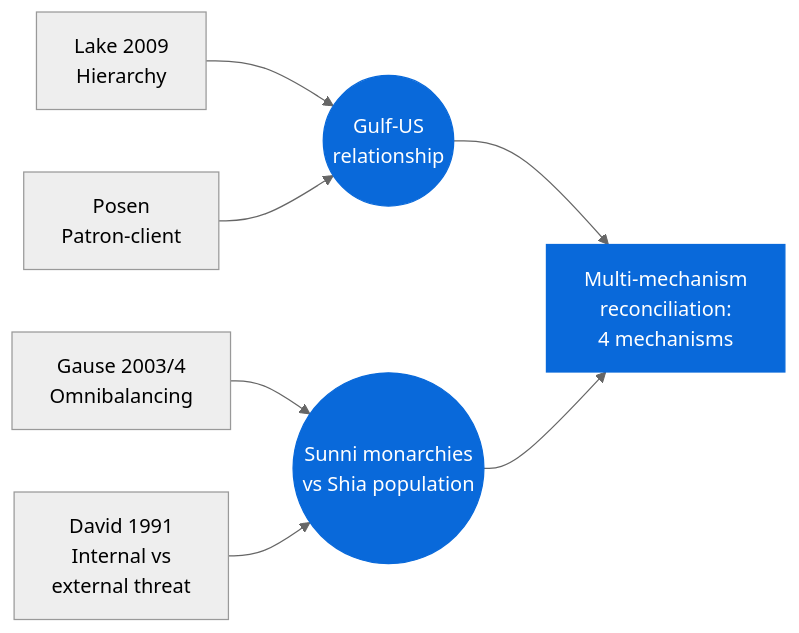
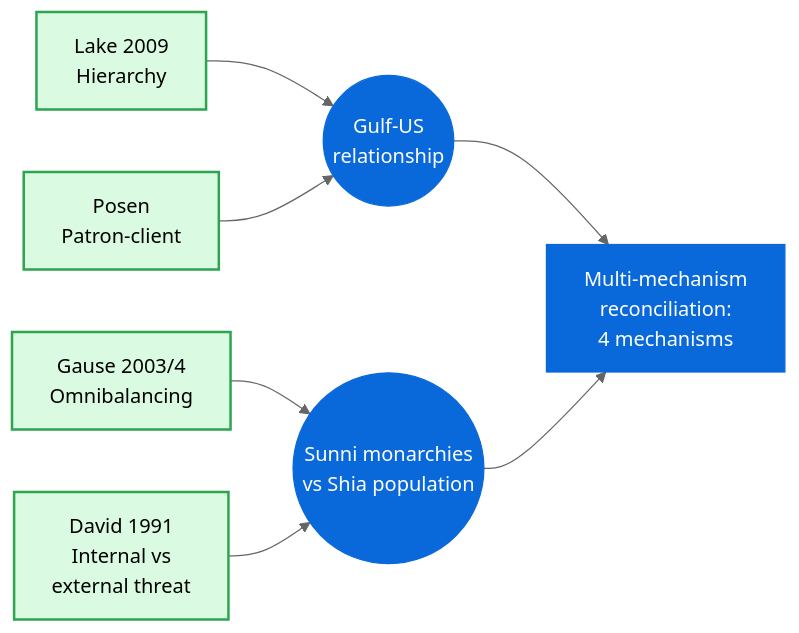
One commit to Owc1272/game-theory-2026-iran-war changed the third of 5 diagrams in analyses/q12-4-gulf-paradox.qmd. Above: the diagram before and after it, drawn with Mermaid (neutral theme). The commit also changed other lines of this file and 1 other file, not shown here.

Commit message:
Fix SVG gloss popovers: separate mermaid class directives + manual triggers (Bootstrap auto-trigger unreliable on SVG)

````diff
--- a/analyses/q12-4-gulf-paradox.qmd
+++ b/analyses/q12-4-gulf-paradox.qmd
@@ -94,20 +95,23 @@
 ```{mermaid}
 flowchart LR
   L[Lake 2009<br/>Hierarchy]
   P[Posen<br/>Patron-client]
   G[Gause 2003/4<br/>Omnibalancing]
   D[David 1991<br/>Internal vs<br/>external threat]
   L --> X((Gulf-US<br/>relationship))
   P --> X
   G --> Y((Sunni monarchies<br/>vs Shia population))
   D --> Y
   X --> Z[Multi-mechanism<br/>reconciliation:<br/>4 mechanisms]
   Y --> Z
   classDef th fill:#dafbe1,stroke:#2da44e
   classDef sy fill:#0969da,color:#fff,stroke:#0969da
-  classDef gt-gloss-lake-hierarchy stroke-dasharray:0
-  classDef gt-gloss-omnibalancing stroke-dasharray:0
-  class L,P th,gt-gloss-lake-hierarchy
-  class G,D th,gt-gloss-omnibalancing
+  classDef gt-gloss-lake-hierarchy stroke-width:2px
+  classDef gt-gloss-omnibalancing stroke-width:2px
+  class L,P,G,D th
+  class L gt-gloss-lake-hierarchy
+  class P gt-gloss-lake-hierarchy
+  class G gt-gloss-omnibalancing
+  class D gt-gloss-omnibalancing
   class X,Y,Z sy
 ```
````
